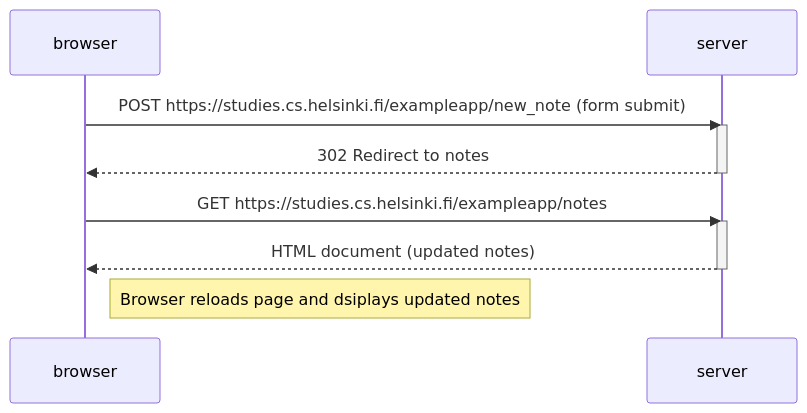
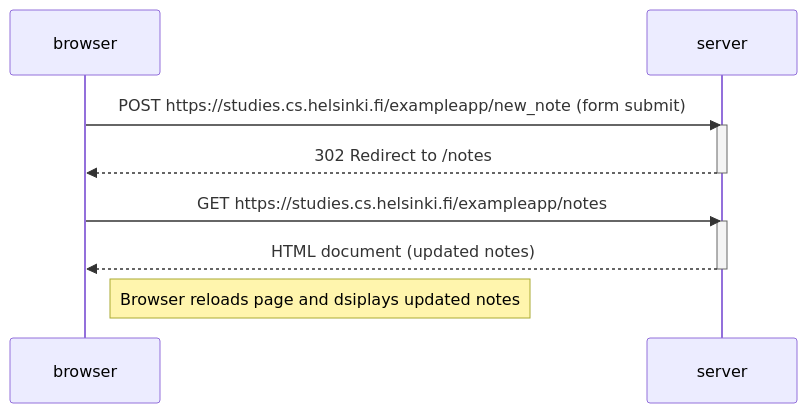
One commit to kurosaki-dev/part0 changed the diagram in exercise-0.4.md. Above: the diagram before and after it, drawn with Mermaid.

````diff
--- a/exercise-0.4.md
+++ b/exercise-0.4.md
@@ -1,17 +1,17 @@
 ```mermaid
  sequenceDiagram
     participant browser
     participant server
 
     browser->>server: POST https://studies.cs.helsinki.fi/exampleapp/new_note (form submit)
     activate server
-    server-->>browser: 302 Redirect to notes
+    server-->>browser: 302 Redirect to /notes
     deactivate server
 
      browser->>server: GET https://studies.cs.helsinki.fi/exampleapp/notes
     activate server
     server-->>browser: HTML document (updated notes)
     deactivate server
 
     Note right of browser: Browser reloads page and dsiplays updated notes
 ```
````
